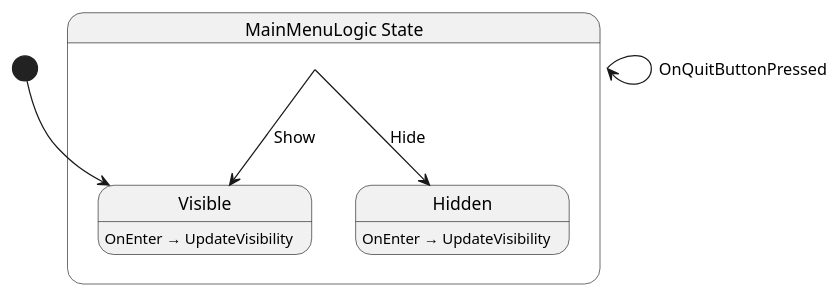
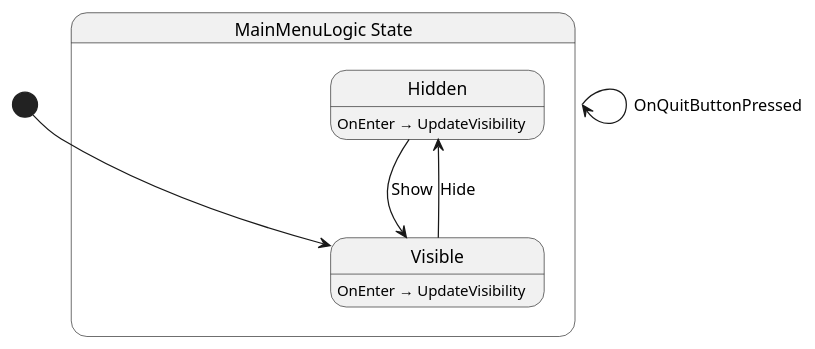
Before and after one commit to nilsiker/yolk: the diagram in Yolk.Logic/MainMenu/MainMenuLogic.g.puml, drawn with PlantUML. The commit also changed 30 other files, not shown here.

```diff
--- a/Yolk.Logic/MainMenu/MainMenuLogic.g.puml
+++ b/Yolk.Logic/MainMenu/MainMenuLogic.g.puml
@@ -1,15 +1,15 @@
 @startuml MainMenuLogic
 state "MainMenuLogic State" as Yolk_MainMenuLogic_State {
   state "Hidden" as Yolk_MainMenuLogic_State_Hidden
   state "Visible" as Yolk_MainMenuLogic_State_Visible
 }
 
 Yolk_MainMenuLogic_State --> Yolk_MainMenuLogic_State : OnQuitButtonPressed
-Yolk_MainMenuLogic_State --> Yolk_MainMenuLogic_State_Hidden : Hide
-Yolk_MainMenuLogic_State --> Yolk_MainMenuLogic_State_Visible : Show
+Yolk_MainMenuLogic_State_Hidden --> Yolk_MainMenuLogic_State_Visible : Show
+Yolk_MainMenuLogic_State_Visible --> Yolk_MainMenuLogic_State_Hidden : Hide
 
 Yolk_MainMenuLogic_State_Hidden : OnEnter → UpdateVisibility
 Yolk_MainMenuLogic_State_Visible : OnEnter → UpdateVisibility
 
 [*] --> Yolk_MainMenuLogic_State_Visible
 @enduml
```
